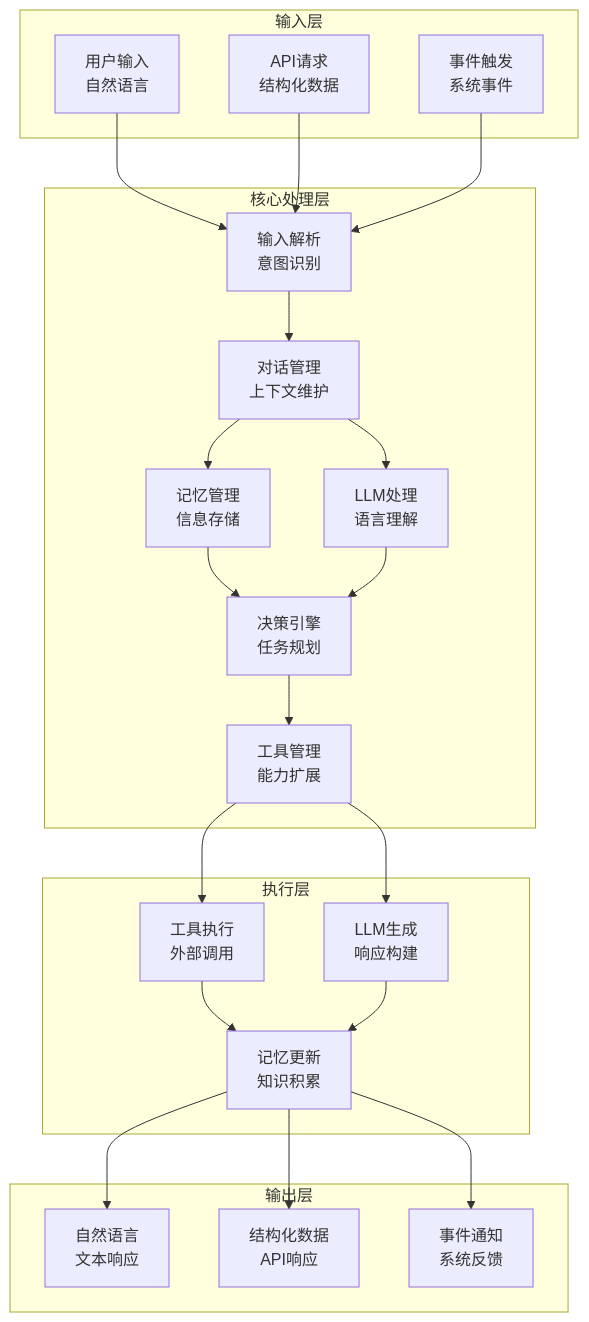
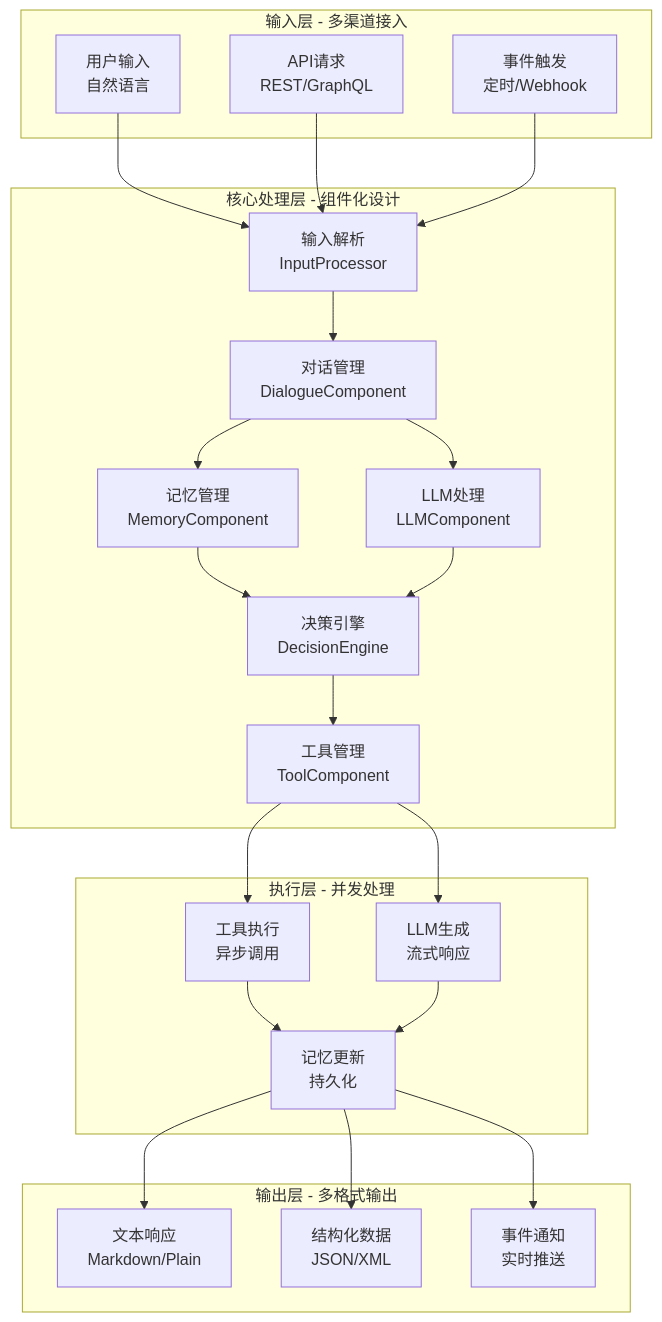
The diagram in book/part3-agents/chapter16-agent-foundation/16.6-comprehensive-project-integrated-agent-system.md (Leavesfly/TinyAI), drawn with Mermaid before and after one commit. The commit also changed other lines of this file and 40 other files, not shown here.

````diff
--- a/book/part3-agents/chapter16-agent-foundation/16.6-comprehensive-project-integrated-agent-system.md
+++ b/book/part3-agents/chapter16-agent-foundation/16.6-comprehensive-project-integrated-agent-system.md
@@ -24,46 +26,46 @@
 ```mermaid
 graph TB
-    subgraph "输入层"
+    subgraph "输入层 - 多渠道接入"
         A[用户输入<br/>自然语言]
-        B[API请求<br/>结构化数据]
-        C[事件触发<br/>系统事件]
+        B[API请求<br/>REST/GraphQL]
+        C[事件触发<br/>定时/Webhook]
     end
     
-    subgraph "核心处理层"
-        D[输入解析<br/>意图识别]
-        E[对话管理<br/>上下文维护]
-        F[记忆管理<br/>信息存储]
-        G[LLM处理<br/>语言理解]
-        H[决策引擎<br/>任务规划]
-        I[工具管理<br/>能力扩展]
+    subgraph "核心处理层 - 组件化设计"
+        D[输入解析<br/>InputProcessor]
+        E[对话管理<br/>DialogueComponent]
+        F[记忆管理<br/>MemoryComponent]
+        G[LLM处理<br/>LLMComponent]
+        H[决策引擎<br/>DecisionEngine]
+        I[工具管理<br/>ToolComponent]
     end
     
-    subgraph "执行层"
-        J[工具执行<br/>外部调用]
-        K[LLM生成<br/>响应构建]
-        L[记忆更新<br/>知识积累]
+    subgraph "执行层 - 并发处理"
+        J[工具执行<br/>异步调用]
+        K[LLM生成<br/>流式响应]
+        L[记忆更新<br/>持久化]
     end
     
-    subgraph "输出层"
-        M[自然语言<br/>文本响应]
-        N[结构化数据<br/>API响应]
-        O[事件通知<br/>系统反馈]
+    subgraph "输出层 - 多格式输出"
+        M[文本响应<br/>Markdown/Plain]
+        N[结构化数据<br/>JSON/XML]
+        O[事件通知<br/>实时推送]
     end
     
     A --> D
     B --> D
     C --> D
     D --> E
     E --> F
     E --> G
     F --> H
     G --> H
     H --> I
     I --> J
     I --> K
     J --> L
     K --> L
     L --> M
     L --> N
     L --> O
 ```
````
